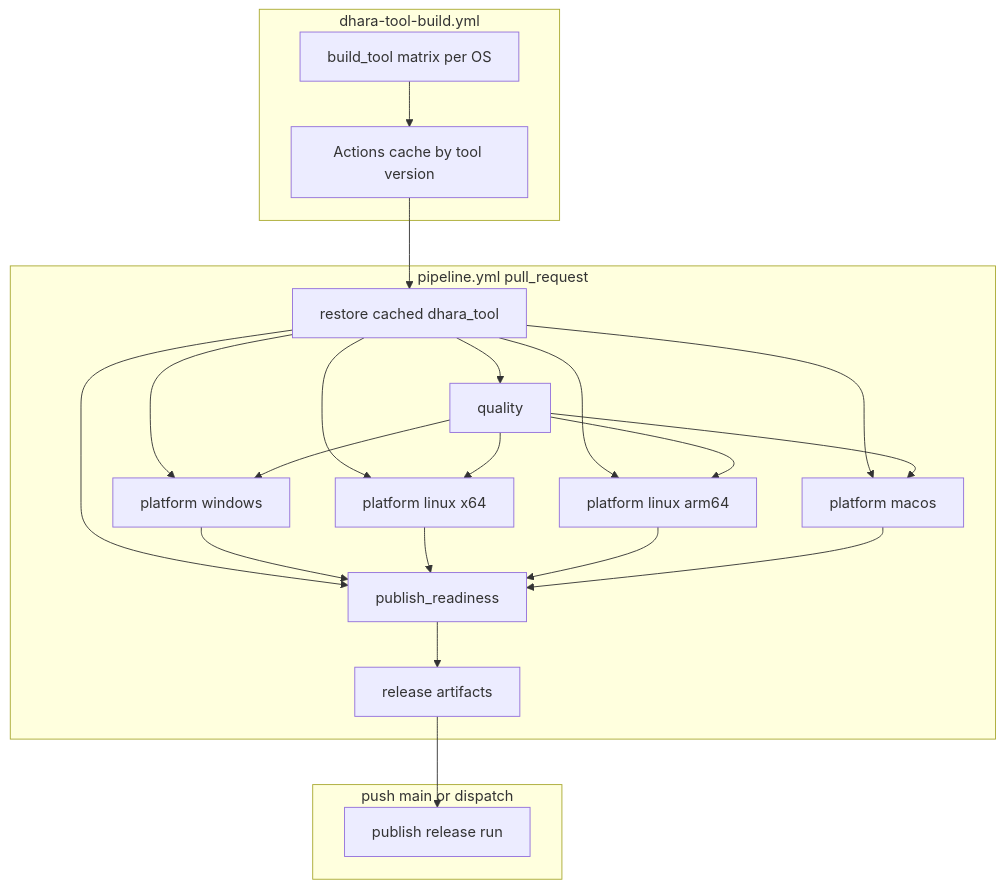
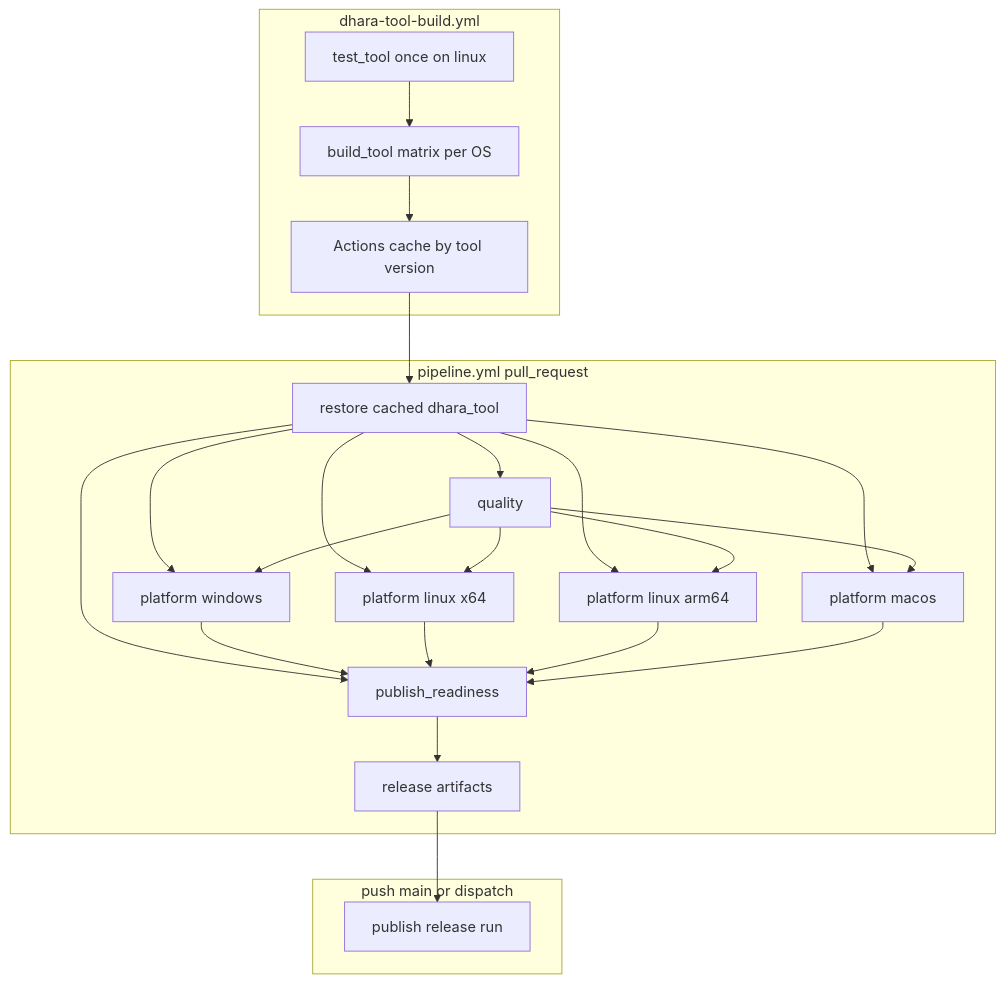
Before and after one commit to D-Naveenz/dhara_storage: the diagram in docs/ci-cd-pipelines.md, drawn with Mermaid. The commit also changed other lines of this file and 3 other files, not shown here.

First line of the commit message:
👷 Add separate test job for dhara_tool in CI workflow

````diff
--- a/docs/ci-cd-pipelines.md
+++ b/docs/ci-cd-pipelines.md
@@ -19,27 +19,28 @@
 ```mermaid
 flowchart TB
   subgraph tool_build ["dhara-tool-build.yml"]
+    TT[test_tool once on linux]
     TB[build_tool matrix per OS]
     CACHE[Actions cache by tool version]
-    TB --> CACHE
+    TT --> TB --> CACHE
   end
 
   subgraph pr ["pipeline.yml pull_request"]
     RST[restore cached dhara_tool]
     Q[quality]
     PW[platform windows]
     PL[platform linux x64]
     PLA[platform linux arm64]
     PM[platform macos]
     PR[publish_readiness]
     CACHE --> RST
     RST --> Q & PW & PL & PLA & PM & PR
     Q --> PW & PL & PLA & PM --> PR
     PR --> ART[release artifacts]
   end
 
   subgraph cd ["push main or dispatch"]
     PUB[publish release run]
     ART --> PUB
   end
 ```
````
